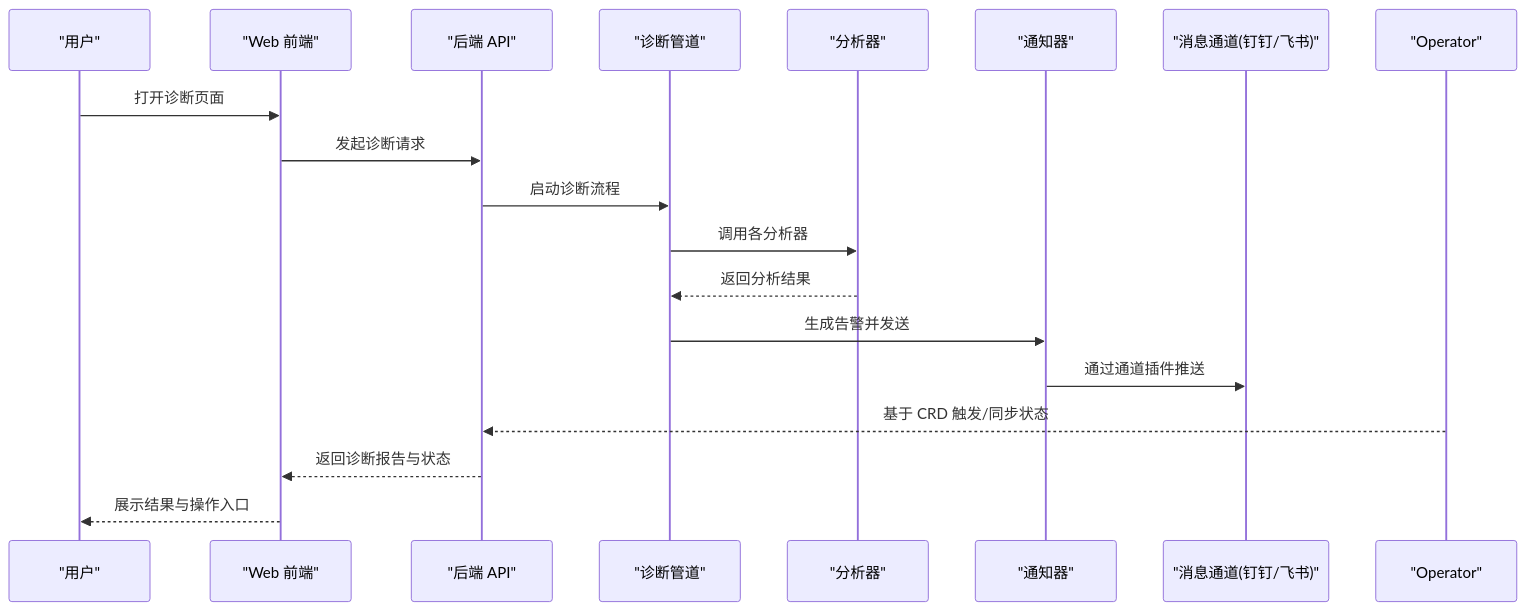
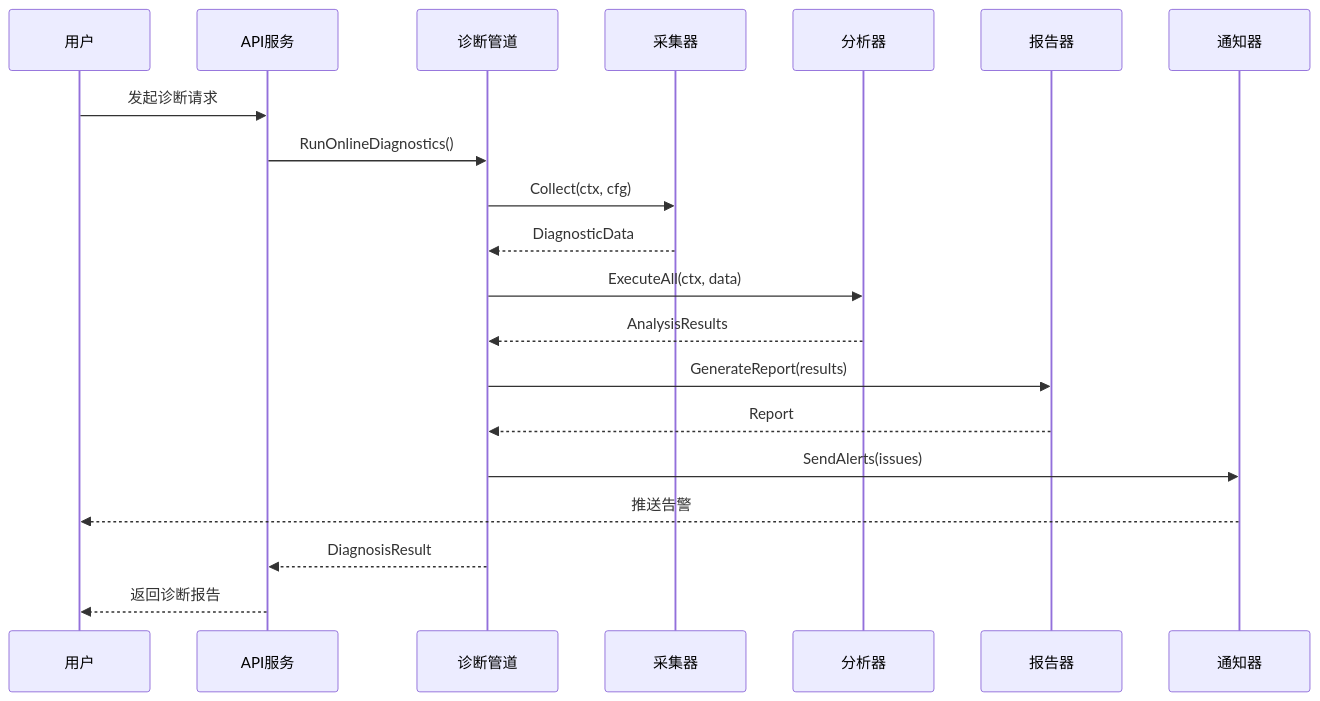
One commit to kudig-io/klaw changed the second of 3 diagrams in .qoder/repowiki/zh/content/项目概述.md. Above: the diagram before and after it, drawn with Mermaid. The commit also changed other lines of this file and 245 other files, not shown here.

````diff
--- a/.qoder/repowiki/zh/content/项目概述.md
+++ b/.qoder/repowiki/zh/content/项目概述.md
@@ -145,21 +165,22 @@
 ```mermaid
 sequenceDiagram
-participant U as "用户"
-participant UI as "Web 前端"
-participant API as "后端 API"
-participant Pipe as "诊断管道"
-participant Ana as "分析器"
-participant Notif as "通知器"
-participant Ch as "消息通道(钉钉/飞书)"
-participant Op as "Operator"
-U->>UI : 打开诊断页面
-UI->>API : 发起诊断请求
-API->>Pipe : 启动诊断流程
-Pipe->>Ana : 调用各分析器
-Ana-->>Pipe : 返回分析结果
-Pipe->>Notif : 生成告警并发送
-Notif->>Ch : 通过通道插件推送
-Op-->>API : 基于 CRD 触发/同步状态
-API-->>UI : 返回诊断报告与状态
-UI-->>U : 展示结果与操作入口
+participant User as 用户
+participant API as API服务
+participant Pipe as 诊断管道
+participant Coll as 采集器
+participant Ana as 分析器
+participant Rep as 报告器
+participant Notif as 通知器
+User->>API : 发起诊断请求
+API->>Pipe : RunOnlineDiagnostics()
+Pipe->>Coll : Collect(ctx, cfg)
+Coll-->>Pipe : DiagnosticData
+Pipe->>Ana : ExecuteAll(ctx, data)
+Ana-->>Pipe : AnalysisResults
+Pipe->>Rep : GenerateReport(results)
+Rep-->>Pipe : Report
+Pipe->>Notif : SendAlerts(issues)
+Notif-->>User : 推送告警
+Pipe-->>API : DiagnosisResult
+API-->>User : 返回诊断报告
 ```
````
